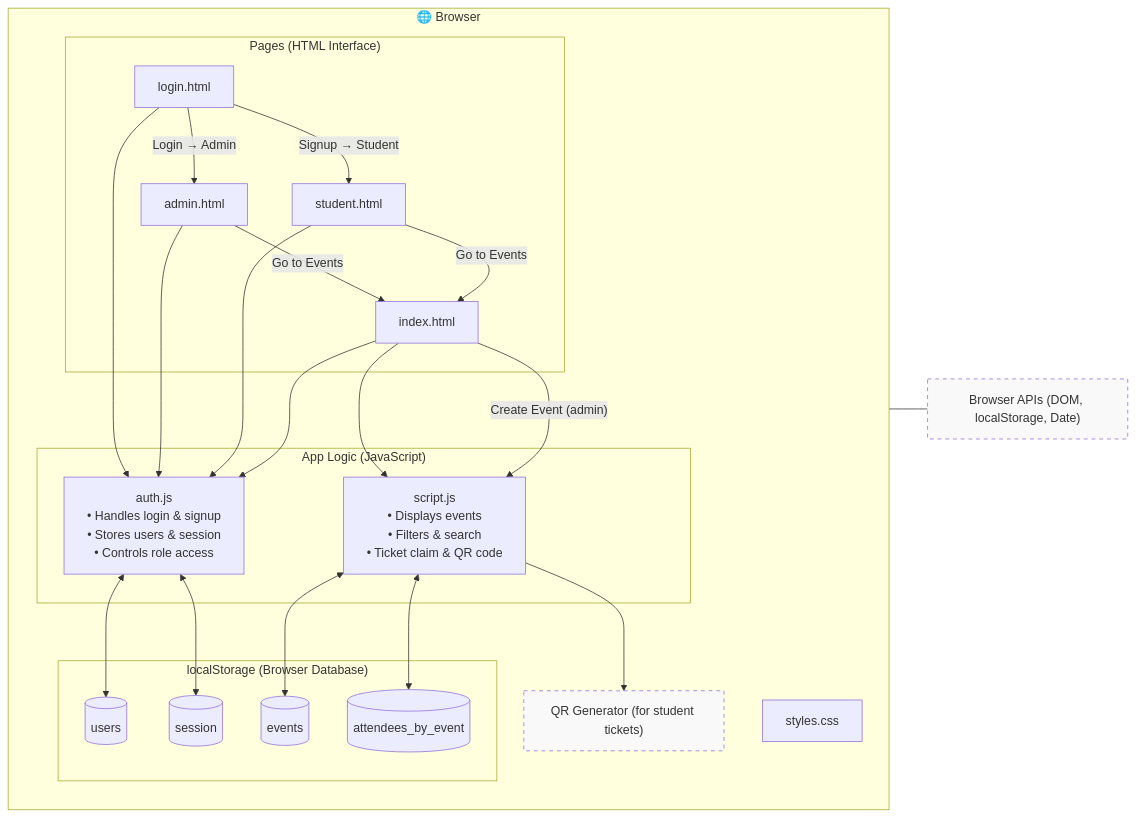
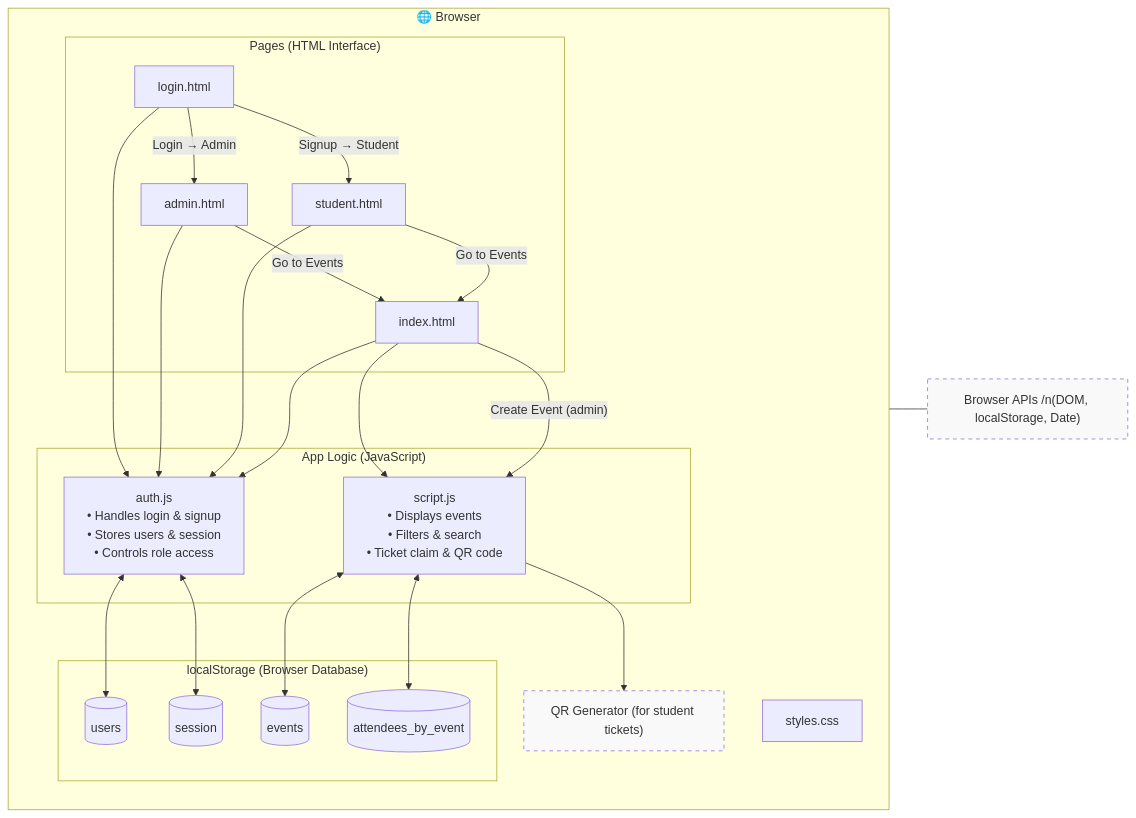
Before and after one commit to MarcElHaddad1/SOEN-341: the diagram in block_diagram.mmd, drawn with Mermaid.

```diff
--- a/block_diagram.mmd
+++ b/block_diagram.mmd
@@ -1,61 +1,61 @@
 flowchart LR
   %% ========== MAIN APP ==========
   subgraph Browser["🌐 Browser "]
     
     %% Pages Layer
     subgraph Pages[" Pages (HTML Interface)"]
       L[login.html]
       A[admin.html]
       S[student.html]
       I[index.html]
     end
 
     %% Logic Layer
     subgraph Logic[" App Logic (JavaScript)"]
       AUTH["auth.js\n• Handles login & signup\n• Stores users & session\n• Controls role access"]
       SCR["script.js\n• Displays events\n• Filters & search\n• Ticket claim & QR code"]
     end
 
     %% Data Layer
     subgraph Data[" localStorage (Browser Database)"]
       USERS[(users)]
       SESSION[(session)]
       EVENTS[(events)]
       ATTENDEES[(attendees_by_event)]
     end
 
     %% Styling
     STY[styles.css]
 
     %% Page connections
     L --> AUTH
     A --> AUTH
     S --> AUTH
     I --> AUTH
     I --> SCR
 
     %% Logic <-> Data
     AUTH <--> USERS
     AUTH <--> SESSION
     SCR  <--> EVENTS
     SCR  <--> ATTENDEES
 
     %% Navigation flow
     L -- "Login → Admin" --> A
     L -- "Signup → Student" --> S
     A -- "Go to Events" --> I
     S -- "Go to Events" --> I
 
     %% Admin-only function
     I -- "Create Event (admin)" --> SCR
 
     %% Utility
     QR["QR Generator (for student tickets)"]:::util
     SCR --> QR
 
     classDef util stroke-dasharray:5 5, fill:#f9f9f9;
   end
 
   %% External dependencies
-  BAPI["Browser APIs (DOM, localStorage, Date)"]:::util
+  BAPI["Browser APIs /n(DOM, localStorage, Date)"]:::util
   Browser --- BAPI
```
